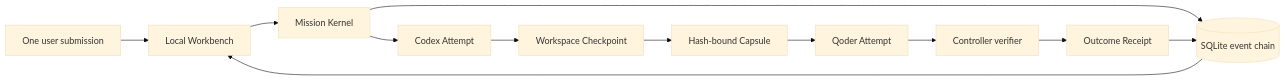
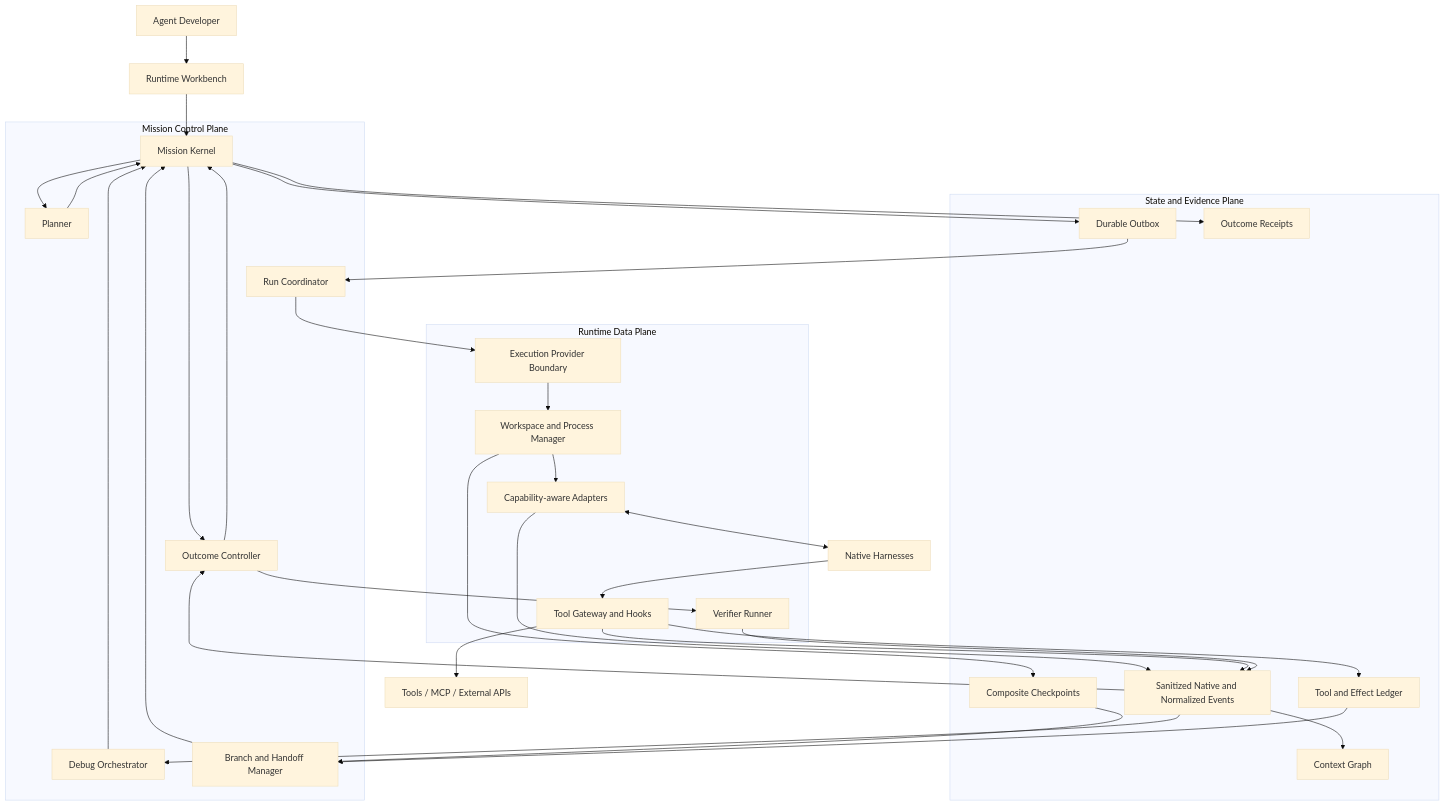
One commit to Oxygen56/missionbraid changed the diagram in README.md. Above: the diagram before and after it, drawn with Mermaid (base theme). The commit also changed other lines of this file and 7 other files, not shown here.

Commit message:
docs: define final runtime workbench architecture

````diff
--- a/README.md
+++ b/README.md
@@ -79,14 +81,61 @@
 ```mermaid
-flowchart LR
-  U[One user submission] --> W[Local Workbench]
-  W --> K[Mission Kernel]
-  K --> S[(SQLite event chain)]
-  K --> C[Codex Attempt]
-  C --> CP[Workspace Checkpoint]
-  CP --> H[Hash-bound Capsule]
-  H --> Q[Qoder Attempt]
-  Q --> V[Controller verifier]
-  V --> R[Outcome Receipt]
-  R --> S
-  S --> W
+flowchart TB
+  U[Agent Developer] --> W[Runtime Workbench]
+
+  subgraph C[Mission Control Plane]
+    K[Mission Kernel]
+    P[Planner]
+    C2[Run Coordinator]
+    D[Debug Orchestrator]
+    B[Branch and Handoff Manager]
+    V[Outcome Controller]
+  end
+
+  subgraph E[State and Evidence Plane]
+    O[Durable Outbox]
+    IR[Sanitized Native and Normalized Events]
+    CG[Context Graph]
+    CP[Composite Checkpoints]
+    FX[Tool and Effect Ledger]
+    RC[Outcome Receipts]
+  end
+
+  subgraph R[Runtime Data Plane]
+    A[Capability-aware Adapters]
+    T[Tool Gateway and Hooks]
+    X[Workspace and Process Manager]
+    EP[Execution Provider Boundary]
+    VR[Verifier Runner]
+  end
+
+  H[Native Harnesses]
+  TL[Tools / MCP / External APIs]
+
+  W --> K
+  K --> P
+  P --> K
+  K --> V
+  K --> O
+  O --> C2
+  C2 --> EP
+  EP --> X
+  X --> A
+  A <--> H
+  H --> T
+  T --> TL
+  A --> IR
+  T --> IR
+  T --> FX
+  X --> CP
+  IR --> CG
+  IR --> D
+  D --> K
+  CP --> B
+  FX --> B
+  B --> K
+  V --> VR
+  VR --> IR
+  IR --> V
+  V --> K
+  K --> RC
 ```
````
